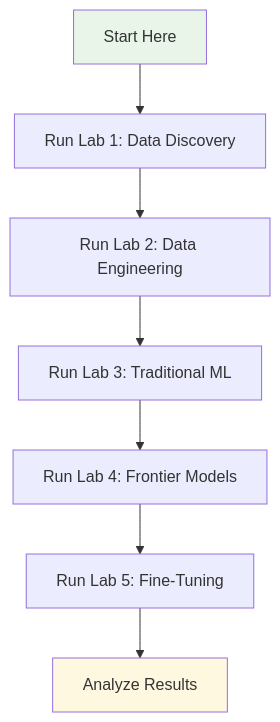
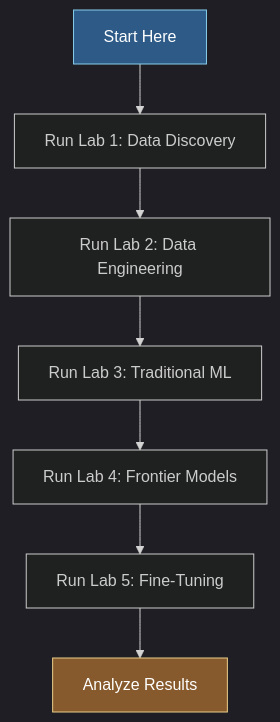
Before and after one commit to Jai-Keshav-Sharma/LLM-Engineering: the seventh of 7 diagrams in 6_fine_tuning_frontier/README.md, drawn with Mermaid. The commit also changed other lines of this file, not shown here.

````diff
--- a/6_fine_tuning_frontier/README.md
+++ b/6_fine_tuning_frontier/README.md
@@ -390,12 +396,13 @@
 ```mermaid
+%%{init: {'theme':'dark'}}%%
 graph TD
     A[Start Here] --> B[Run Lab 1: Data Discovery]
     B --> C[Run Lab 2: Data Engineering]
     C --> D[Run Lab 3: Traditional ML]
     D --> E[Run Lab 4: Frontier Models]
     E --> F[Run Lab 5: Fine-Tuning]
     F --> G[Analyze Results]
     
-    style A fill:#e8f5e8
-    style G fill:#fff8e1
+    style A fill:#2d5a87,stroke:#87ceeb,color:#fff
+    style G fill:#875a2d,stroke:#ebce87,color:#fff
 ```
````
